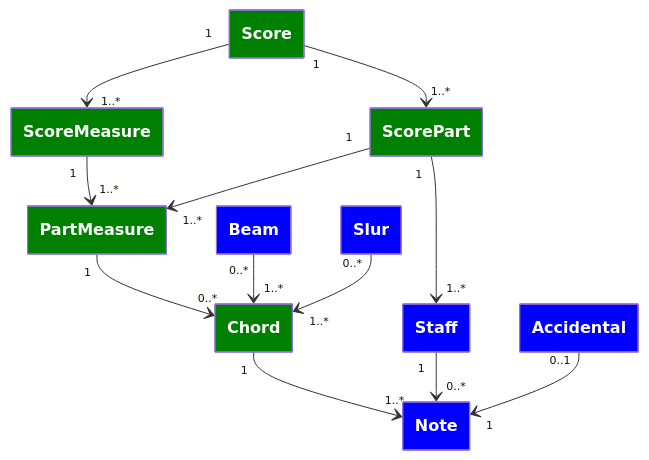
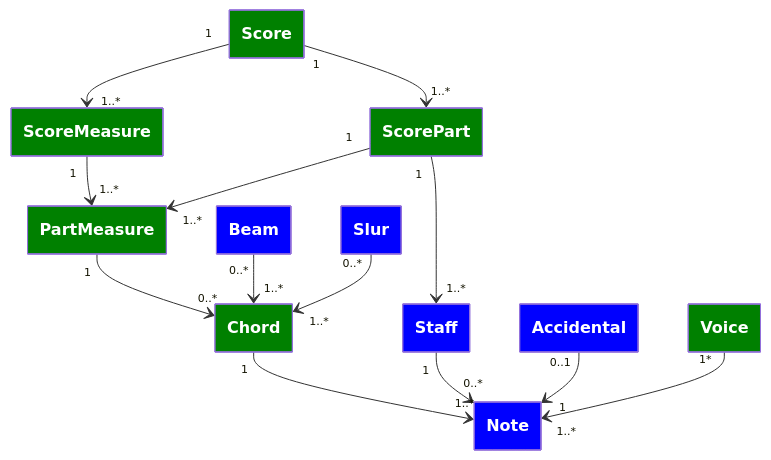
One commit to OmniOMR/mung changed the diagram in mung2musicxml/score_graph/docs/class-diagram.md. Above: the diagram before and after it, drawn with Mermaid. The commit also changed 3 other files, not shown here.

Commit message:
Clean up, fix doc typo, add voice to graph structure

````diff
--- a/mung2musicxml/score_graph/docs/class-diagram.md
+++ b/mung2musicxml/score_graph/docs/class-diagram.md
@@ -2,41 +2,44 @@
 ```mermaid
 ---
   config:
     class:
       hideEmptyMembersBox: true
 ---
 classDiagram
     class Score
     class ScoreMeasure
     class ScorePart
     class PartMeasure
     class Staff
     class Chord
     class Note
     class Beam
     class Accidental
     class Slur
+    class Voice
 
     Score "1" --> "1..*" ScorePart
     Score "1" --> "1..*" ScoreMeasure
     ScoreMeasure "1" --> "1..*" PartMeasure
     ScorePart "1" --> "1..*" PartMeasure
     ScorePart "1" --> "1..*" Staff
     PartMeasure "1" --> "0..*" Chord
     Chord "1" --> "1..*" Note
     Staff "1" --> "0..*" Note
     Accidental "0..1" --> "1" Note
     Beam "0..*" --> "1..*" Chord
     Slur "0..*" --> "1..*" Chord
+    Voice "1*" --> "1..*" Note
 
     style Score fill:green,color:white
     style ScoreMeasure fill:green,color:white
     style ScorePart fill:green,color:white
     style PartMeasure fill:green,color:white
     style Staff fill:blue,color:white
     style Chord fill:green,color:white
     style Note fill:blue,color:white
     style Beam fill:blue,color:white
     style Accidental fill:blue,color:white
     style Slur fill:blue,color:white
+    style Voice fill:green,color:white
 ```
````
